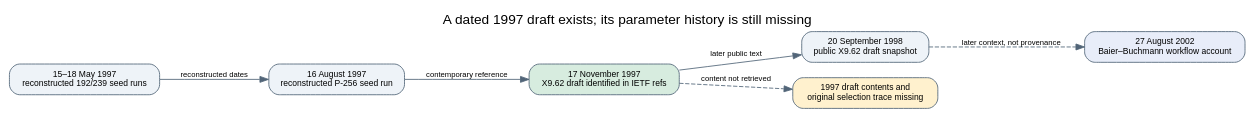
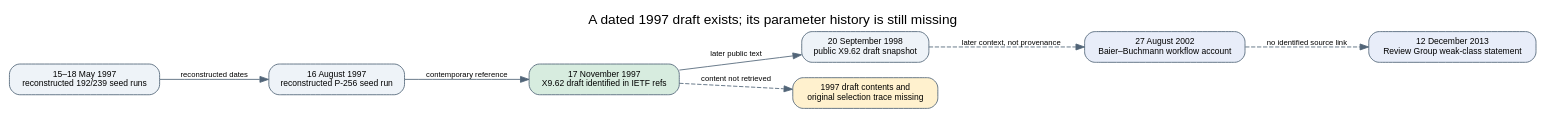
Before and after one commit to aburan28/crypto-autoresearcher: the diagram in research/nist_seed_1997_draft_archive_20261023/timeline.dot, drawn with Graphviz. The commit also changed 5 other files, not shown here.

Commit message:
Bound 2013 weak-class statement against public ECC criteria

```diff
--- a/research/nist_seed_1997_draft_archive_20261023/timeline.dot
+++ b/research/nist_seed_1997_draft_archive_20261023/timeline.dot
@@ -1,16 +1,18 @@
 digraph G {
   graph [rankdir=LR, bgcolor="white", fontname="Helvetica", label="A dated 1997 draft exists; its parameter history is still missing", labelloc=t, fontsize=16];
   node [shape=box, style="rounded,filled", fillcolor="#eef3f8", color="#526578", fontname="Helvetica", fontsize=10];
   edge [fontname="Helvetica", fontsize=9, color="#526578"];
   may [label="15–18 May 1997\nreconstructed 192/239 seed runs"];
   aug [label="16 August 1997\nreconstructed P-256 seed run"];
   draft [label="17 November 1997\nX9.62 draft identified in IETF refs", fillcolor="#d7ecdf"];
   final [label="20 September 1998\npublic X9.62 draft snapshot"];
   context [label="27 August 2002\nBaier–Buchmann workflow account", fillcolor="#e8edf9"];
+  review [label="12 December 2013\nReview Group weak-class statement", fillcolor="#e8edf9"];
   missing [label="1997 draft contents and\noriginal selection trace missing", fillcolor="#fff1ce"];
   may -> aug [label="reconstructed dates"];
   aug -> draft [label="contemporary reference"];
   draft -> final [label="later public text"];
   final -> context [style=dashed, label="later context, not provenance"];
+  context -> review [style=dashed, label="no identified source link"];
   draft -> missing [style=dashed, label="content not retrieved"];
 }
```
